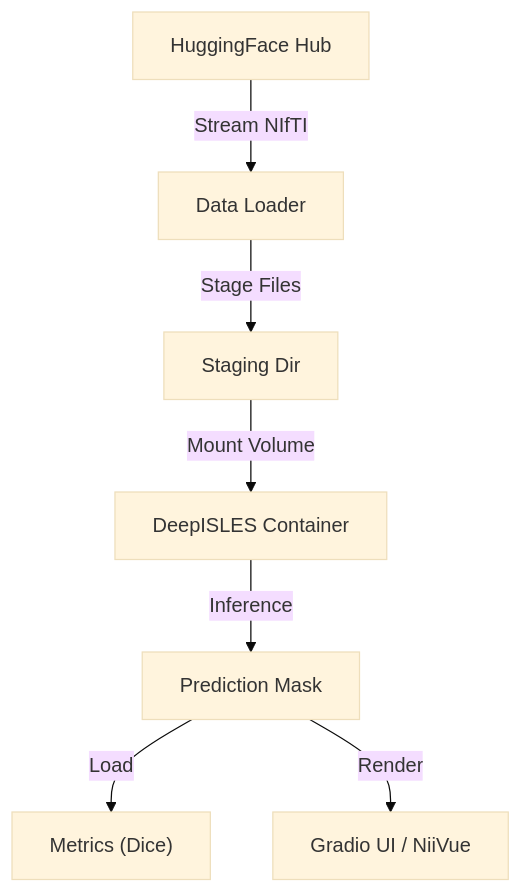
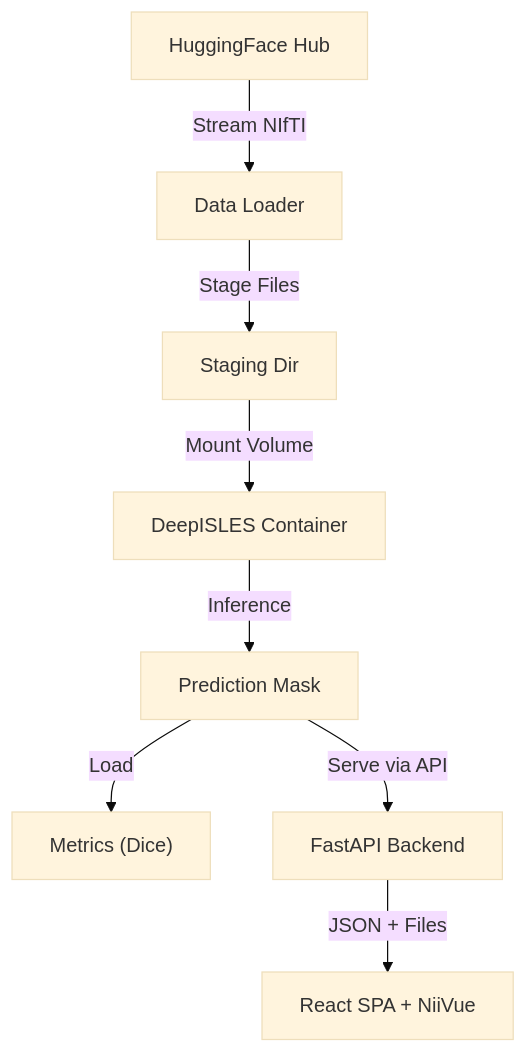
One commit to The-Obstacle-Is-The-Way/stroke-deepisles-demo changed the diagram in README.md. Above: the diagram before and after it, drawn with Mermaid (base theme). The commit also changed other lines of this file and 17 other files, not shown here.

First line of the commit message:
fix(arch): comprehensive architecture audit fixes (#44)

````diff
--- a/README.md
+++ b/README.md
@@ -110,9 +112,10 @@
 ```mermaid
 graph TD
     HF[HuggingFace Hub] -->|Stream NIfTI| Loader[Data Loader]
     Loader -->|Stage Files| Staging[Staging Dir]
     Staging -->|Mount Volume| Docker[DeepISLES Container]
     Docker -->|Inference| Results[Prediction Mask]
     Results -->|Load| Metrics["Metrics (Dice)"]
-    Results -->|Render| UI["Gradio UI / NiiVue"]
+    Results -->|Serve via API| FastAPI[FastAPI Backend]
+    FastAPI -->|JSON + Files| React[React SPA + NiiVue]
 ```
````
